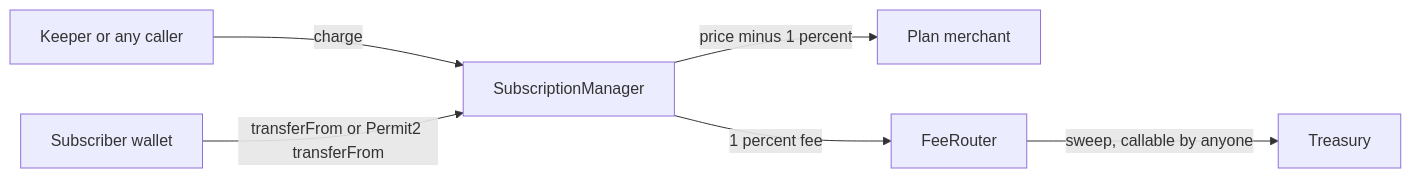
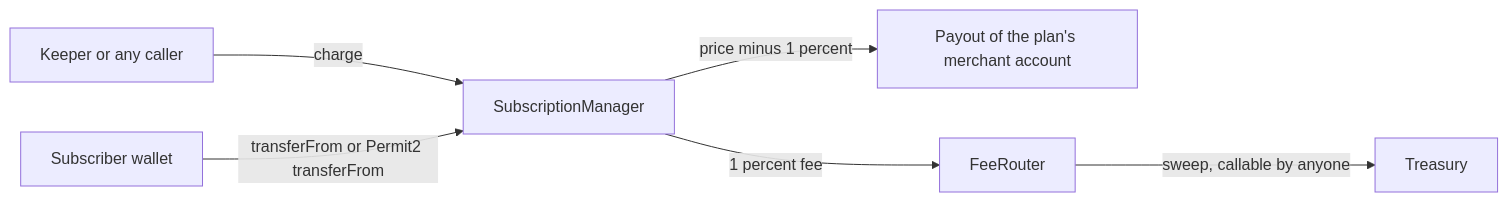
The diagram in docs/wiki/Smart-Contracts.md (RunTimeAdmin/levy), drawn with Mermaid before and after one commit. The commit also changed other lines of this file and 50 other files, not shown here.

````diff
--- a/docs/wiki/Smart-Contracts.md
+++ b/docs/wiki/Smart-Contracts.md
@@ -18,8 +20,8 @@
 ```mermaid
 flowchart LR
     K["Keeper or any caller"] -->|"charge"| SM["SubscriptionManager"]
     Sub["Subscriber wallet"] -->|"transferFrom or Permit2 transferFrom"| SM
-    SM -->|"price minus 1 percent"| M["Plan merchant"]
+    SM -->|"price minus 1 percent"| M["Payout of the plan's merchant account"]
     SM -->|"1 percent fee"| FR["FeeRouter"]
     FR -->|"sweep, callable by anyone"| T["Treasury"]
 ```
````
